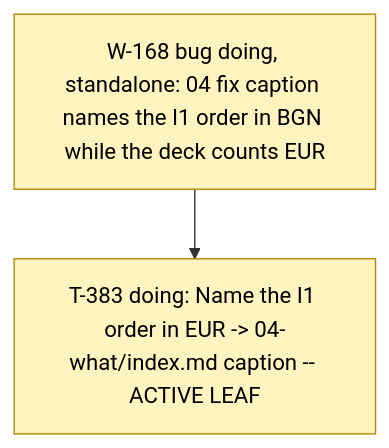
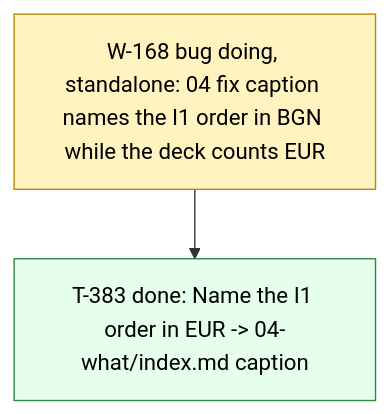
One commit to dpopchev/chaos-to-simple changed the diagram in .board/BOARD.md. Above: the diagram before and after it, drawn with Mermaid. The commit also changed other lines of this file and 1 other file, not shown here.

Commit message:
chore(board): close T-383 -- W-168 ready to land
Refs: W-168 T-383

````diff
--- a/.board/BOARD.md
+++ b/.board/BOARD.md
@@ -987,11 +987,12 @@
 ```mermaid
 flowchart TD
   W168["W-168 bug doing, standalone: 04 fix caption names the I1 order in BGN while the deck counts EUR"]
-  W168 --> T383["T-383 doing: Name the I1 order in EUR -> 04-what/index.md caption -- ACTIVE LEAF"]
+  W168 --> T383["T-383 done: Name the I1 order in EUR -> 04-what/index.md caption"]
   classDef doing fill:#fff3bf,stroke:#b58900,color:#000;
   classDef blocked fill:#ffe3e3,stroke:#c92a2a,color:#000;
   classDef done fill:#e6ffed,stroke:#2b8a3e,color:#000;
   classDef todo fill:#f8f9fa,stroke:#868e96,color:#000;
   classDef pruned fill:#f1f3f5,stroke:#adb5bd,color:#000;
-  class W168,T383 doing
+  class W168 doing
+  class T383 done
 ```
````
